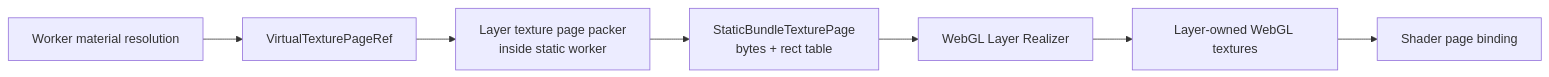
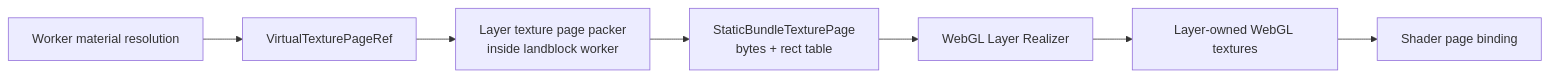
One commit to merklejerk/holtburger changed the fifth of 9 diagrams in docs/plans/holtburger-3d-static-landblock-render-bundle-replacement-plan.md. Above: the diagram before and after it, drawn with Mermaid. The commit also changed other lines of this file and 3 other files, not shown here.

````diff
--- a/docs/plans/holtburger-3d-static-landblock-render-bundle-replacement-plan.md
+++ b/docs/plans/holtburger-3d-static-landblock-render-bundle-replacement-plan.md
@@ -529,9 +593,9 @@
 ```mermaid
 flowchart LR
     A[Worker material resolution] --> B[VirtualTexturePageRef]
-    B --> C[Layer texture page packer<br/>inside static worker]
+    B --> C[Layer texture page packer<br/>inside landblock worker]
     C --> D[StaticBundleTexturePage<br/>bytes + rect table]
     D --> E[WebGL Layer Realizer]
     E --> F[Layer-owned WebGL textures]
     F --> G[Shader page binding]
 ```
````
